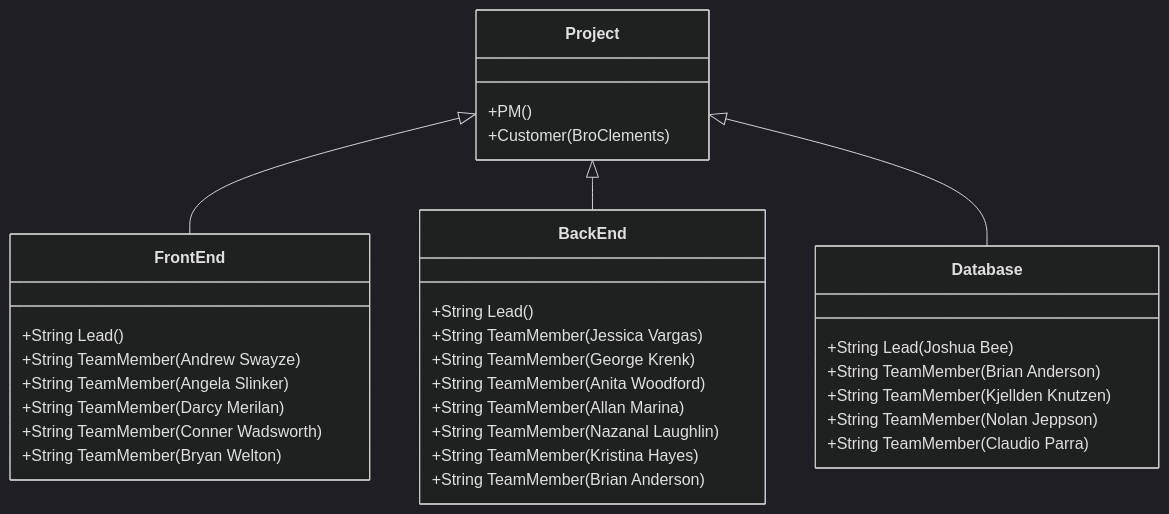
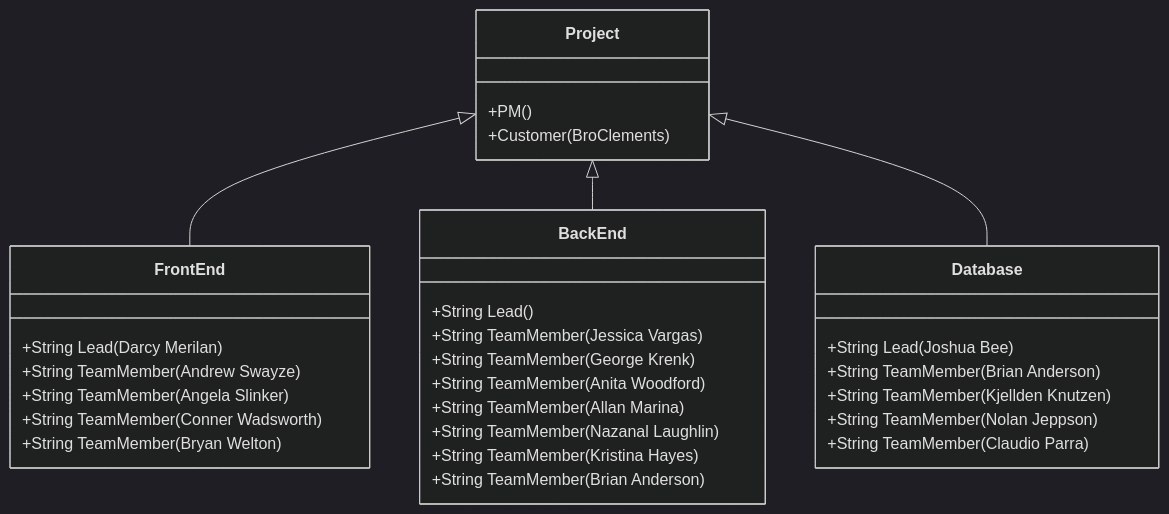
The second of 2 diagrams in ProjectManagement/OrganizationChart/OrganizationChart.md (byui-cse397/2024WinCSE490PCP), drawn with Mermaid (dark theme) before and after one commit.

````diff
--- a/ProjectManagement/OrganizationChart/OrganizationChart.md
+++ b/ProjectManagement/OrganizationChart/OrganizationChart.md
@@ -34,33 +34,32 @@
 ```mermaid
 classDiagram
       Project <|-- FrontEnd
       Project <|-- BackEnd
       Project <|-- Database
       Project : +PM()
       Project : +Customer(BroClements)
       class FrontEnd{
-          +String Lead()
+          +String Lead(Darcy Merilan)
           +String TeamMember(Andrew Swayze)
           +String TeamMember(Angela Slinker)
-          +String TeamMember(Darcy Merilan)
           +String TeamMember(Conner Wadsworth)
           +String TeamMember(Bryan Welton)
       }
       class BackEnd{
           +String Lead()
           +String TeamMember(Jessica Vargas)
           +String TeamMember(George Krenk)
           +String TeamMember(Anita Woodford)
           +String TeamMember(Allan Marina)
           +String TeamMember(Nazanal Laughlin)
           +String TeamMember(Kristina Hayes)
           +String TeamMember(Brian Anderson)
       }
       class Database{
           +String Lead(Joshua Bee)
           +String TeamMember(Brian Anderson)
           +String TeamMember(Kjellden Knutzen)
           +String TeamMember(Nolan Jeppson)
           +String TeamMember(Claudio Parra)
       }
 ```
````
